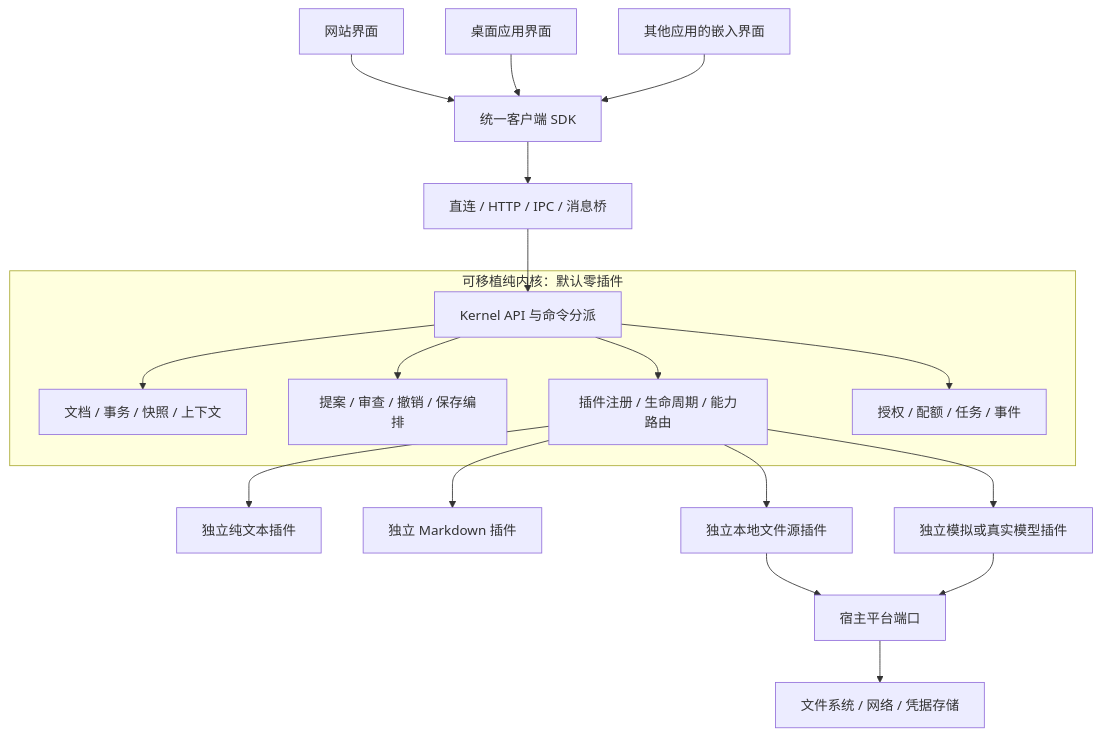
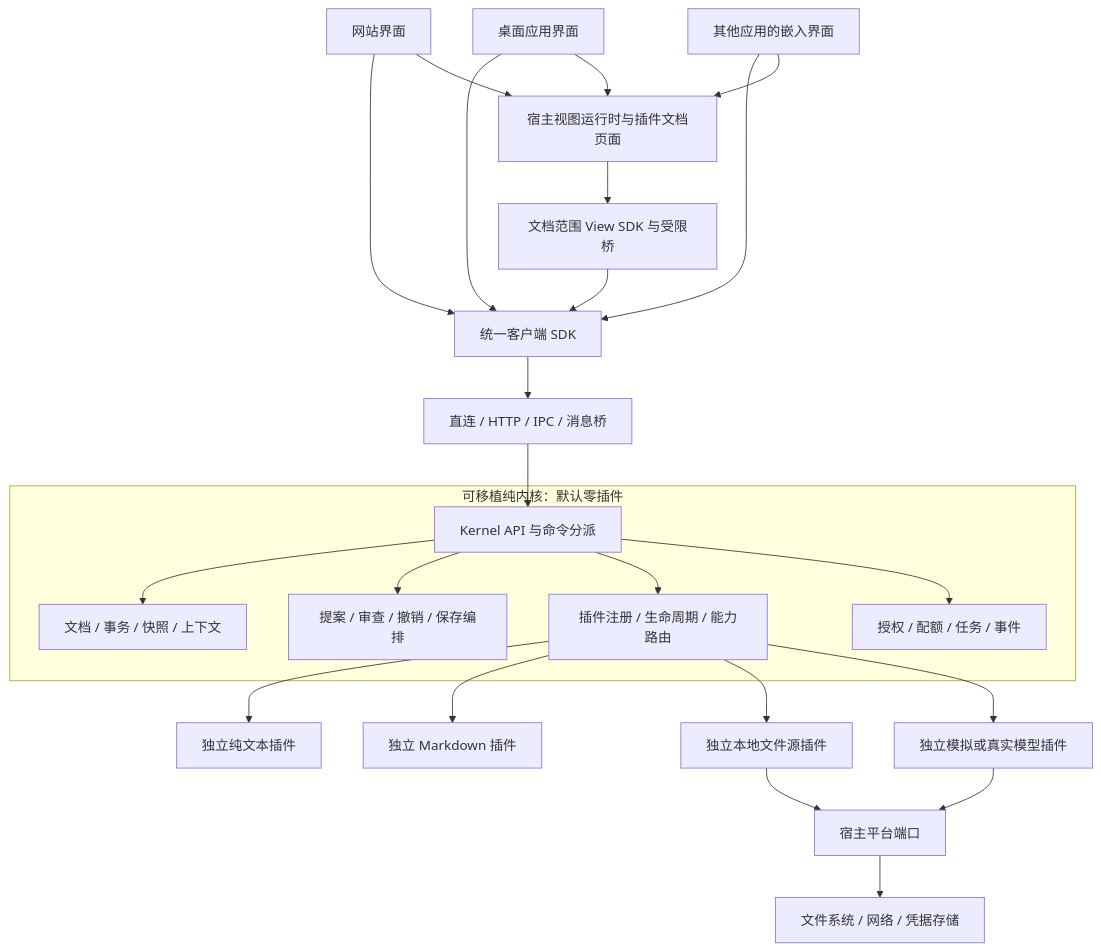
The diagram in docs/architecture/README.md (OttoBlues/editor), drawn with Mermaid before and after one commit. The commit also changed other lines of this file and 6 other files, not shown here.

````diff
--- a/docs/architecture/README.md
+++ b/docs/architecture/README.md
@@ -13,21 +13,26 @@
 ```mermaid
 flowchart TB
   Web[网站界面] --> SDK[统一客户端 SDK]
   Desktop[桌面应用界面] --> SDK
   Embedded[其他应用的嵌入界面] --> SDK
+  Web --> Views[宿主视图运行时与插件文档页面]
+  Desktop --> Views
+  Embedded --> Views
+  Views --> ViewSDK[文档范围 View SDK 与受限桥]
+  ViewSDK --> SDK
   SDK --> Bridge[直连 / HTTP / IPC / 消息桥]
   Bridge --> API[Kernel API 与命令分派]
   subgraph Kernel[可移植纯内核：默认零插件]
     API --> State[文档 / 事务 / 快照 / 上下文]
     API --> Review[提案 / 审查 / 撤销 / 保存编排]
     API --> Runtime[插件注册 / 生命周期 / 能力路由]
     API --> Policy[授权 / 配额 / 任务 / 事件]
   end
   Runtime --> Text[独立纯文本插件]
   Runtime --> Markdown[独立 Markdown 插件]
   Runtime --> Source[独立本地文件源插件]
   Runtime --> Model[独立模拟或真实模型插件]
   Source --> Ports[宿主平台端口]
   Model --> Ports
   Ports --> OS[文件系统 / 网络 / 凭据存储]
 ```
````
